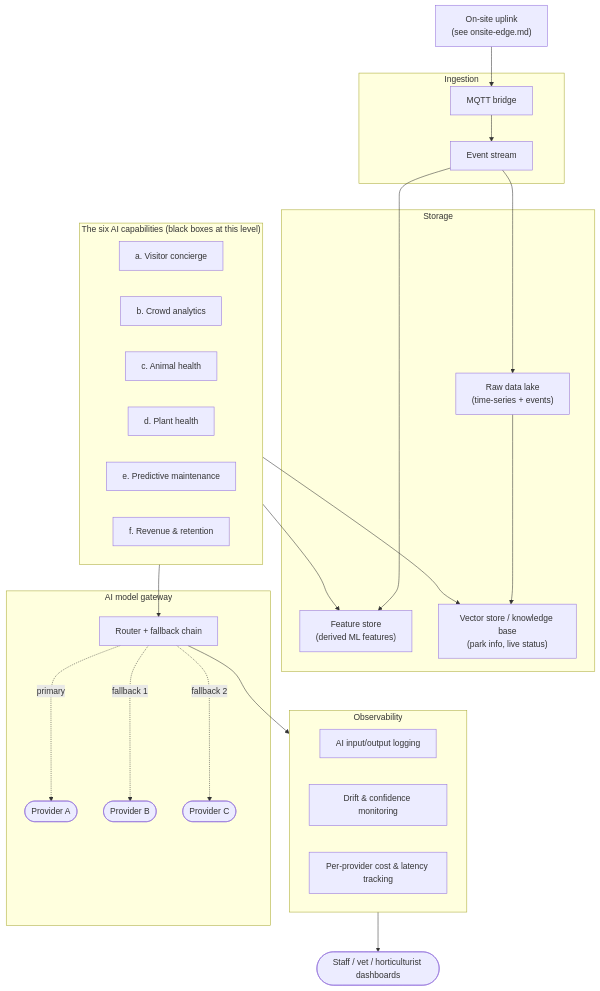
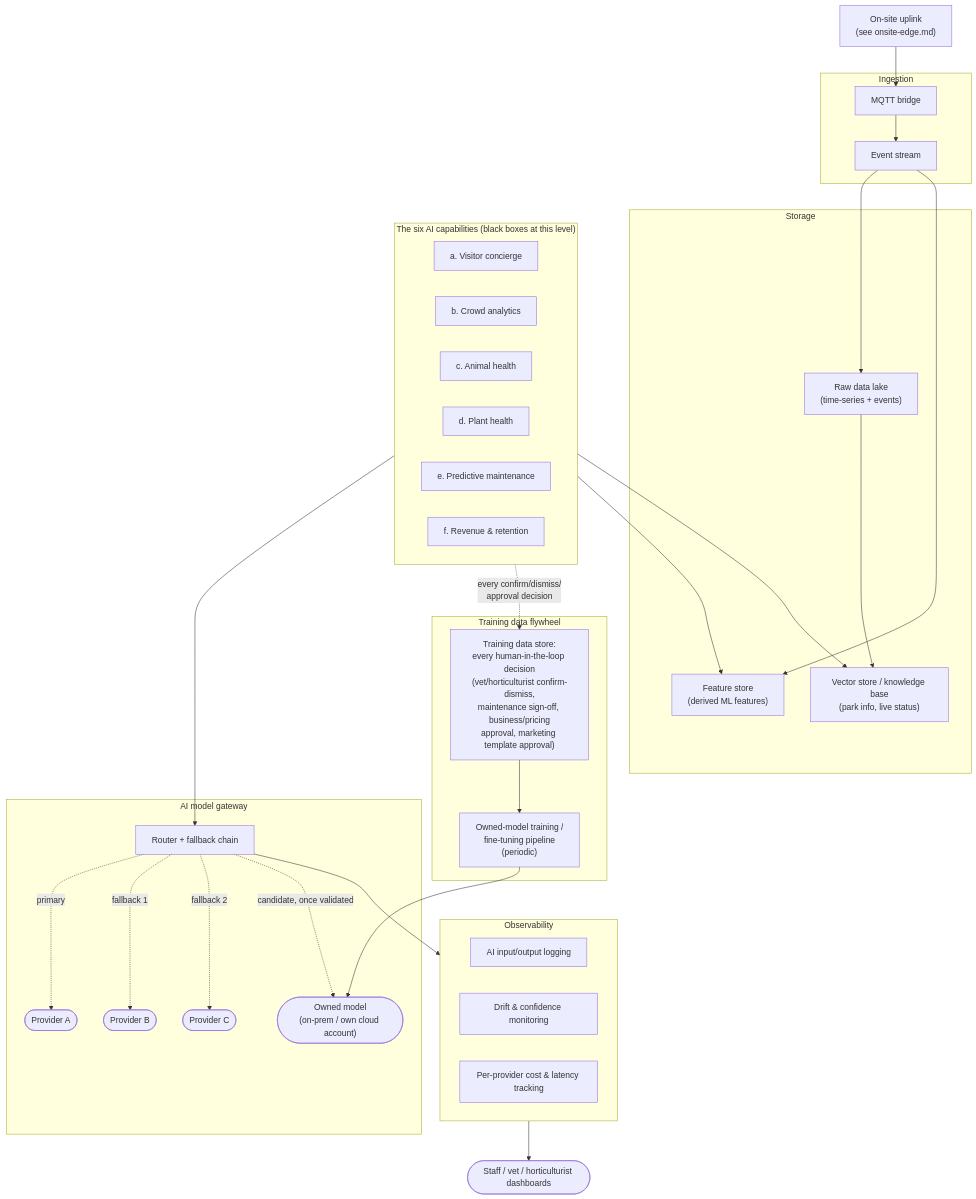
One commit to alashti/stormrider-arch-katas changed the diagram in docs/diagrams/cloud-platform.md. Above: the diagram before and after it, drawn with Mermaid. The commit also changed other lines of this file and 6 other files, not shown here.

````diff
--- a/docs/diagrams/cloud-platform.md
+++ b/docs/diagrams/cloud-platform.md
@@ -7,54 +7,64 @@
 ```mermaid
 flowchart TB
     Uplink["On-site uplink\n(see onsite-edge.md)"]
 
     subgraph Ingestion["Ingestion"]
         Bridge["MQTT bridge"]
         Stream["Event stream"]
         Bridge --> Stream
     end
 
     subgraph Storage["Storage"]
         Lake["Raw data lake\n(time-series + events)"]
         Features["Feature store\n(derived ML features)"]
         Vectors["Vector store / knowledge base\n(park info, live status)"]
     end
 
     subgraph Gateway["AI model gateway"]
         Router["Router + fallback chain"]
         ProviderA(["Provider A"])
         ProviderB(["Provider B"])
         ProviderC(["Provider C"])
+        ProviderOwned(["Owned model\n(on-prem / own cloud account)"])
         Router -.->|"primary"| ProviderA
         Router -.->|"fallback 1"| ProviderB
         Router -.->|"fallback 2"| ProviderC
+        Router -.->|"candidate, once validated"| ProviderOwned
+    end
+
+    subgraph Flywheel["Training data flywheel"]
+        TrainingData["Training data store:\nevery human-in-the-loop decision\n(vet/horticulturist confirm-dismiss,\nmaintenance sign-off, business/pricing\napproval, marketing template approval)"]
+        OwnedModelPipeline["Owned-model training /\nfine-tuning pipeline\n(periodic)"]
+        TrainingData --> OwnedModelPipeline --> ProviderOwned
     end
 
     subgraph Observability["Observability"]
         Logs["AI input/output logging"]
         Drift["Drift & confidence monitoring"]
         Cost["Per-provider cost & latency tracking"]
     end
 
     subgraph Capabilities["The six AI capabilities (black boxes at this level)"]
         Concierge["a. Visitor concierge"]
         Crowd["b. Crowd analytics"]
         AnimalHealth["c. Animal health"]
         PlantHealth["d. Plant health"]
         Maintenance["e. Predictive maintenance"]
         Revenue["f. Revenue & retention"]
     end
 
     StaffDash(["Staff / vet / horticulturist dashboards"])
 
     Uplink --> Bridge
     Stream --> Lake
     Stream --> Features
     Lake --> Vectors
 
     Capabilities --> Features
     Capabilities --> Vectors
     Capabilities --> Router
     Router --> Observability
     Observability --> StaffDash
+
+    Capabilities -.->|"every confirm/dismiss/\napproval decision"| TrainingData
 ```
````
